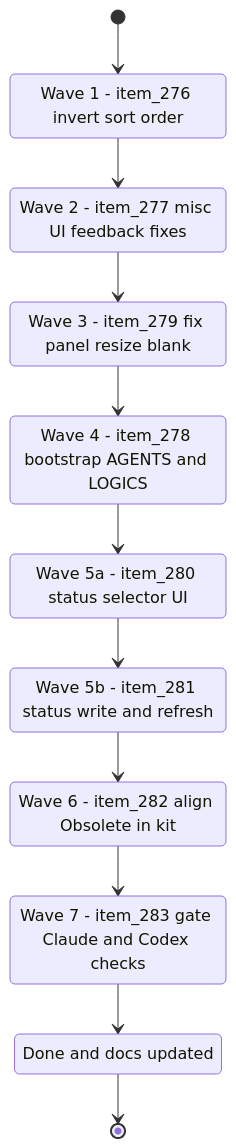
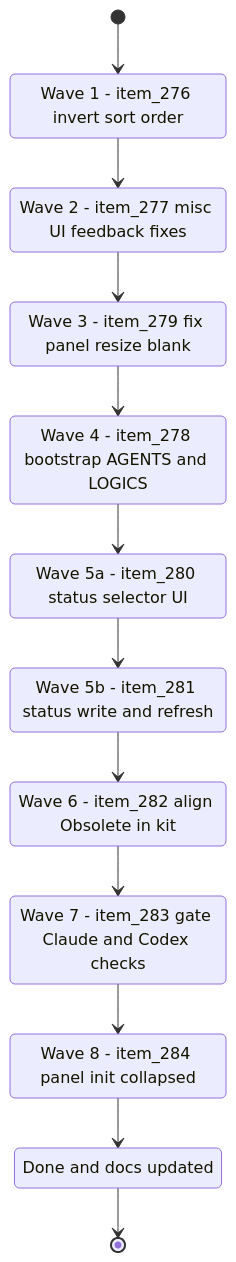
Before and after one commit to AlexAgo83/logics-manager: the diagram in logics/tasks/task_126_orchestration_delivery_for_req_150_to_req_154_plugin_polish_and_status_selector.md, drawn with Mermaid. The commit also changed other lines of this file and 2 other files, not shown here.

Commit message:
add req_157 and item_284 for panel init defaults, integrate into task_126 as wave 8

````diff
--- a/logics/tasks/task_126_orchestration_delivery_for_req_150_to_req_154_plugin_polish_and_status_selector.md
+++ b/logics/tasks/task_126_orchestration_delivery_for_req_150_to_req_154_plugin_polish_and_status_selector.md
@@ -15,24 +15,26 @@
 ```mermaid
 %% logics-kind: task
 %% logics-signature: task|orchestration-delivery-for-req-150-to-re|item-276-invert-default-sort-order-in-bo|wave-1-item-276-invert-default-sort|npm-run-compile
 stateDiagram-v2
     [*] --> Wave1
     Wave1 : Wave 1 - item_276 invert sort order
     Wave1 --> Wave2
     Wave2 : Wave 2 - item_277 misc UI feedback fixes
     Wave2 --> Wave3
     Wave3 : Wave 3 - item_279 fix panel resize blank
     Wave3 --> Wave4
     Wave4 : Wave 4 - item_278 bootstrap AGENTS and LOGICS
     Wave4 --> Wave5
     Wave5 : Wave 5a - item_280 status selector UI
     Wave5 --> Wave6
     Wave6 : Wave 5b - item_281 status write and refresh
     Wave6 --> Wave7
     Wave7 : Wave 6 - item_282 align Obsolete in kit
     Wave7 --> Wave8
     Wave8 : Wave 7 - item_283 gate Claude and Codex checks
-    Wave8 --> Done
+    Wave8 --> Wave9
+    Wave9 : Wave 8 - item_284 panel init collapsed
+    Wave9 --> Done
     Done : Done and docs updated
     Done --> [*]
 ```
````
